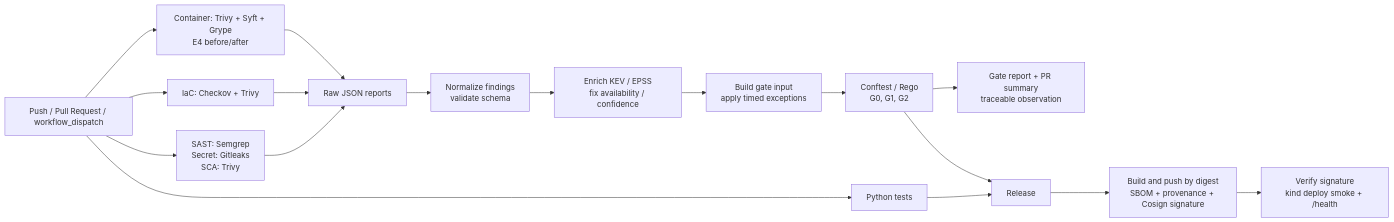
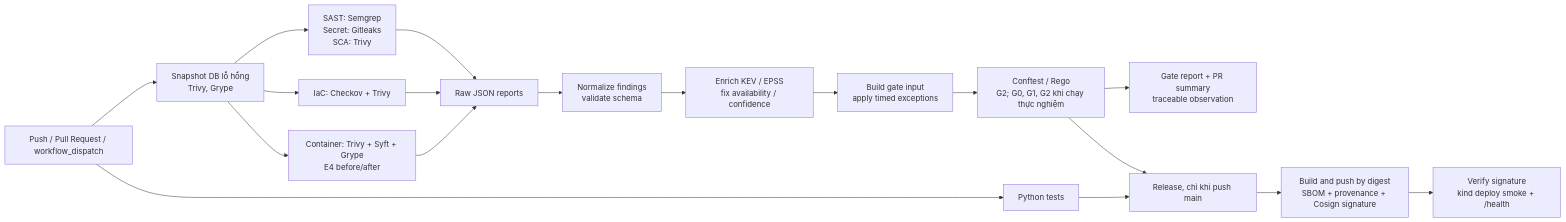
One commit to tranhuultai/012012303904_21_DevSecOps changed the diagram in README.md. Above: the diagram before and after it, drawn with Mermaid. The commit also changed other lines of this file and 3 other files, not shown here.

````diff
--- a/README.md
+++ b/README.md
@@ -85,19 +142,20 @@
 ```mermaid
 flowchart LR
-    A[Push / Pull Request / workflow_dispatch] --> T[Python tests]
-    A --> S[SAST: Semgrep<br/>Secret: Gitleaks<br/>SCA: Trivy]
-    A --> I[IaC: Checkov + Trivy]
-    A --> C[Container: Trivy + Syft + Grype<br/>E4 before/after]
+    A[Push / Pull Request / workflow_dispatch] --> DB[Snapshot DB lỗ hổng<br/>Trivy, Grype]
+    A --> T[Python tests]
+    DB --> S[SAST: Semgrep<br/>Secret: Gitleaks<br/>SCA: Trivy]
+    DB --> I[IaC: Checkov + Trivy]
+    DB --> C[Container: Trivy + Syft + Grype<br/>E4 before/after]
     S --> R[Raw JSON reports]
     I --> R
     C --> R
     R --> N[Normalize findings<br/>validate schema]
     N --> E[Enrich KEV / EPSS<br/>fix availability / confidence]
     E --> G[Build gate input<br/>apply timed exceptions]
-    G --> P[Conftest / Rego<br/>G0, G1, G2]
+    G --> P[Conftest / Rego<br/>G2; G0, G1, G2 khi chạy thực nghiệm]
     P --> O[Gate report + PR summary<br/>traceable observation]
-    T --> Q[Release]
+    T --> Q[Release, chỉ khi push main]
     P --> Q
     Q --> B[Build and push by digest<br/>SBOM + provenance + Cosign signature]
     B --> D[Verify signature<br/>kind deploy smoke + /health]
 ```
````
